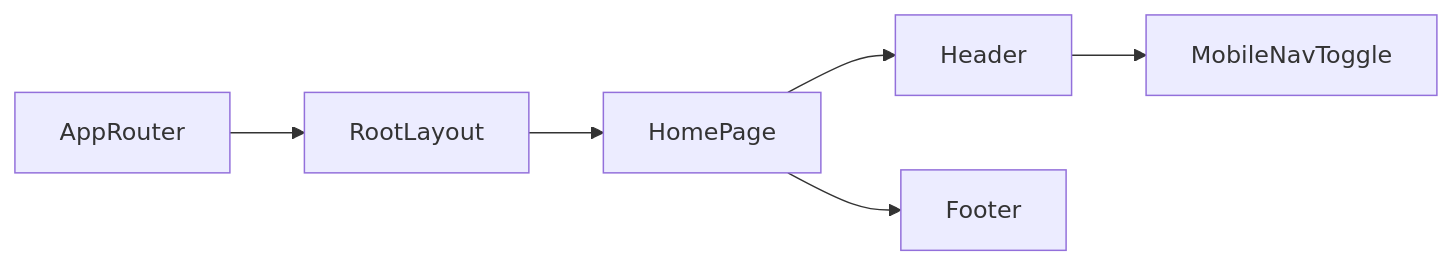
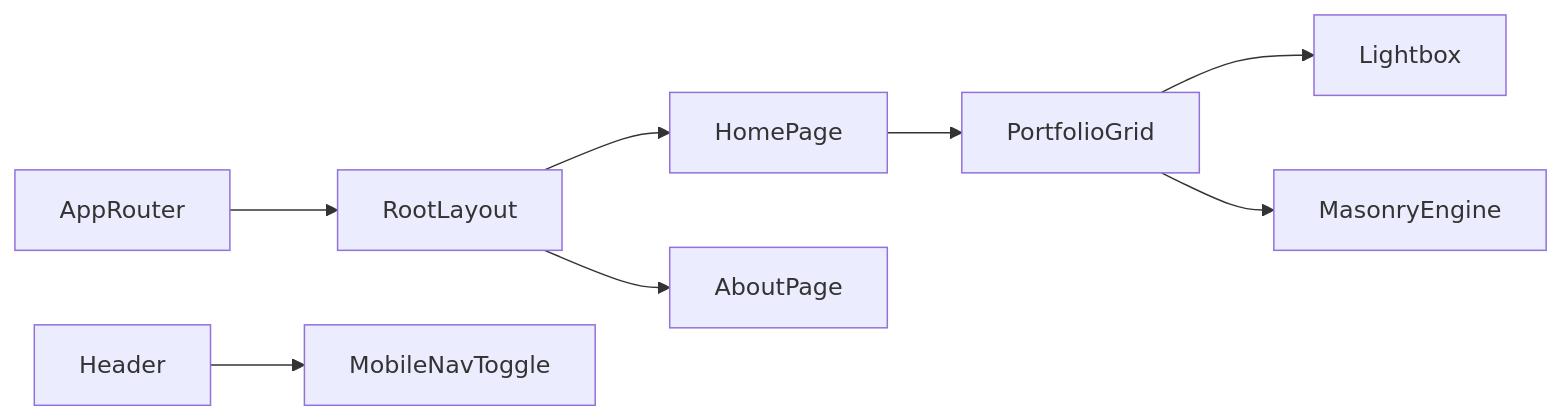
Before and after one commit to vele616/website-black-vomit: the diagram in lode/terminology.md, drawn with Mermaid. The commit also changed other lines of this file and 27 other files, not shown here.

````diff
--- a/lode/terminology.md
+++ b/lode/terminology.md
@@ -19,8 +23,10 @@
 ```mermaid
 graph LR
   AppRouter --> RootLayout
   RootLayout --> HomePage
-  HomePage --> Header
-  HomePage --> Footer
+  RootLayout --> AboutPage
+  HomePage --> PortfolioGrid
+  PortfolioGrid --> Lightbox
+  PortfolioGrid --> MasonryEngine
   Header --> MobileNavToggle
 ```
````
